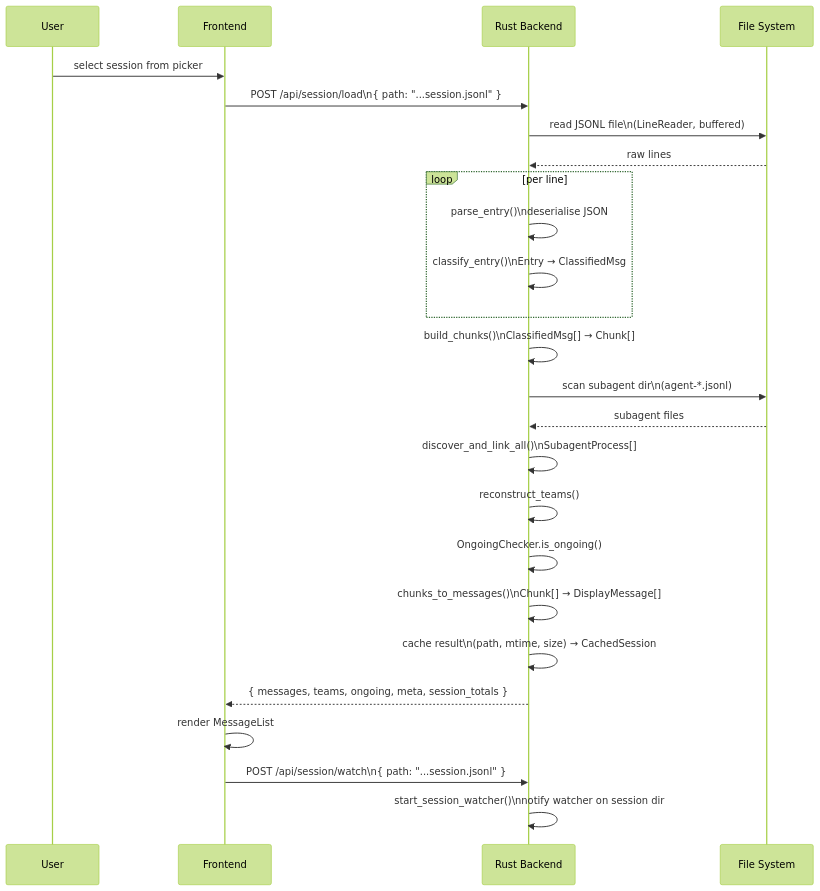
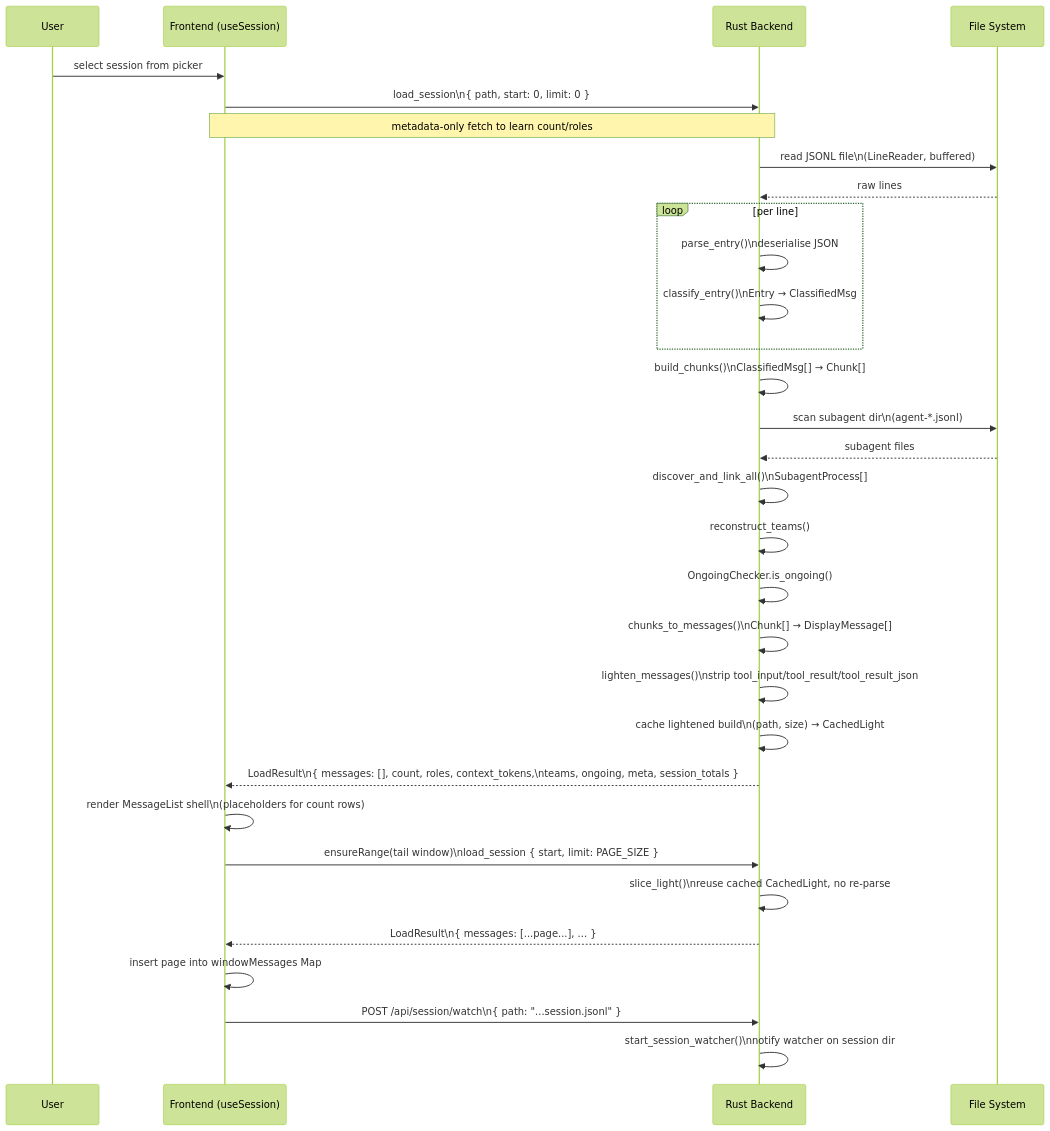
One commit to delexw/claude-code-trace changed the second of 10 diagrams in specs/08-session-lifecycle.md. Above: the diagram before and after it, drawn with Mermaid (forest theme). The commit also changed other lines of this file and 35 other files, not shown here.

First line of the commit message:
perf: virtualize message list and fix session-view memory growth (#182)

````diff
--- a/specs/08-session-lifecycle.md
+++ b/specs/08-session-lifecycle.md
@@ -38,33 +48,40 @@
 ```mermaid
 sequenceDiagram
     participant USER as User
-    participant FE as Frontend
+    participant FE as Frontend (useSession)
     participant RUST as Rust Backend
     participant FS as File System
 
     USER ->> FE: select session from picker
-    FE ->> RUST: POST /api/session/load\n{ path: "...session.jsonl" }
+    FE ->> RUST: load_session\n{ path, start: 0, limit: 0 }
+    Note over FE,RUST: metadata-only fetch to learn count/roles
 
     RUST ->> FS: read JSONL file\n(LineReader, buffered)
     FS -->> RUST: raw lines
 
     loop per line
         RUST ->> RUST: parse_entry()\ndeserialise JSON
         RUST ->> RUST: classify_entry()\nEntry → ClassifiedMsg
     end
 
     RUST ->> RUST: build_chunks()\nClassifiedMsg[] → Chunk[]
     RUST ->> FS: scan subagent dir\n(agent-*.jsonl)
     FS -->> RUST: subagent files
     RUST ->> RUST: discover_and_link_all()\nSubagentProcess[]
     RUST ->> RUST: reconstruct_teams()
     RUST ->> RUST: OngoingChecker.is_ongoing()
     RUST ->> RUST: chunks_to_messages()\nChunk[] → DisplayMessage[]
-    RUST ->> RUST: cache result\n(path, mtime, size) → CachedSession
+    RUST ->> RUST: lighten_messages()\nstrip tool_input/tool_result/tool_result_json
+    RUST ->> RUST: cache lightened build\n(path, size) → CachedLight
 
-    RUST -->> FE: { messages, teams, ongoing, meta, session_totals }
+    RUST -->> FE: LoadResult\n{ messages: [], count, roles, context_tokens,\nteams, ongoing, meta, session_totals }
 
-    FE ->> FE: render MessageList
+    FE ->> FE: render MessageList shell\n(placeholders for count rows)
+    FE ->> RUST: ensureRange(tail window)\nload_session { start, limit: PAGE_SIZE }
+    RUST ->> RUST: slice_light()\nreuse cached CachedLight, no re-parse
+    RUST -->> FE: LoadResult\n{ messages: [...page...], ... }
+    FE ->> FE: insert page into windowMessages Map
+
     FE ->> RUST: POST /api/session/watch\n{ path: "...session.jsonl" }
     RUST ->> RUST: start_session_watcher()\nnotify watcher on session dir
 ```
````
